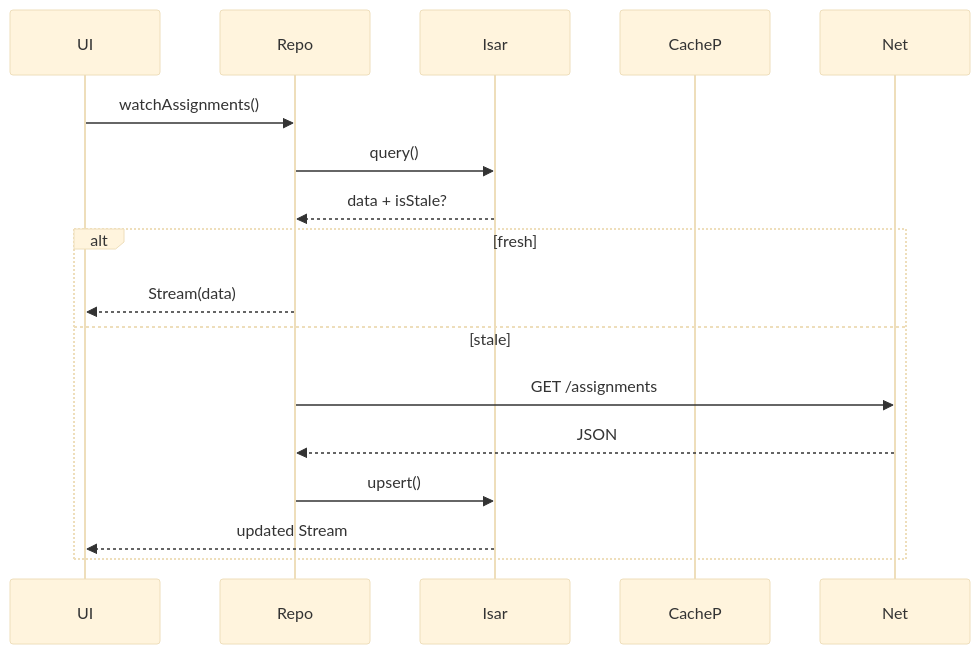
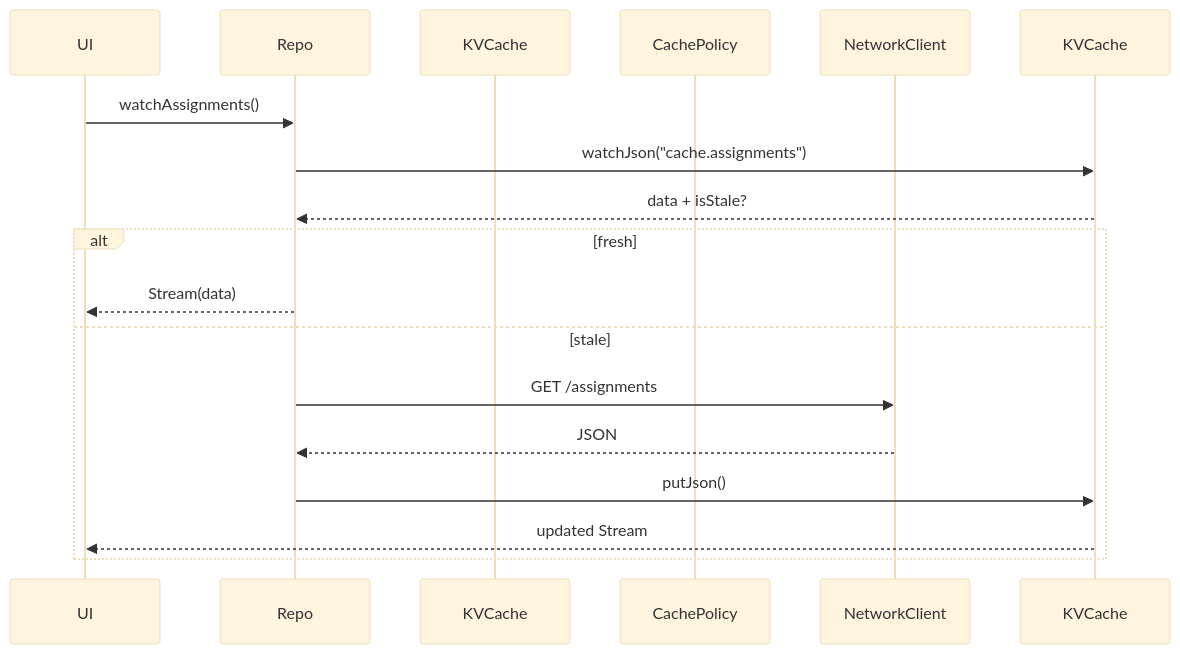
One commit to dokimiki/passpal changed the diagram in .github/instructions/storage.instructions.md. Above: the diagram before and after it, drawn with Mermaid (base theme). The commit also changed other lines of this file, not shown here.

````diff
--- a/.github/instructions/storage.instructions.md
+++ b/.github/instructions/storage.instructions.md
@@ -96,19 +111,19 @@
 ```mermaid
 sequenceDiagram
   participant UI
   participant Repo
-  participant Isar
-  participant CacheP
-  participant Net
+  participant Cache as KVCache
+  participant Policy as CachePolicy
+  participant Net as NetworkClient
   UI->>Repo: watchAssignments()
-  Repo->>Isar: query()
-  Isar-->>Repo: data + isStale?
+  Repo->>KVCache: watchJson("cache.assignments")
+  KVCache-->>Repo: data + isStale?
   alt fresh
     Repo-->>UI: Stream(data)
   else stale
     Repo->>Net: GET /assignments
     Net-->>Repo: JSON
-    Repo->>Isar: upsert()
-    Isar-->>UI: updated Stream
+    Repo->>KVCache: putJson()
+    KVCache-->>UI: updated Stream
   end
 ```
````
